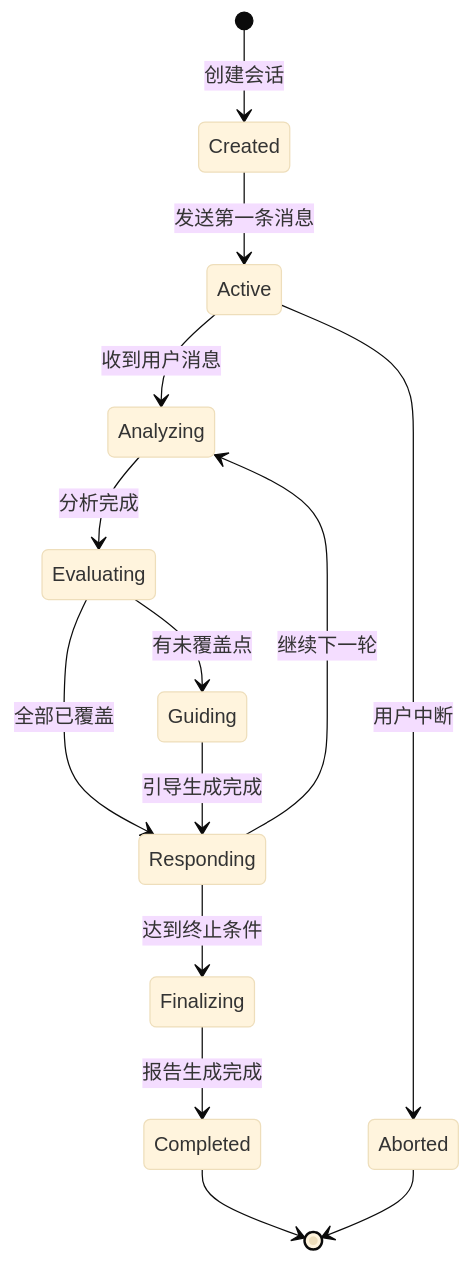
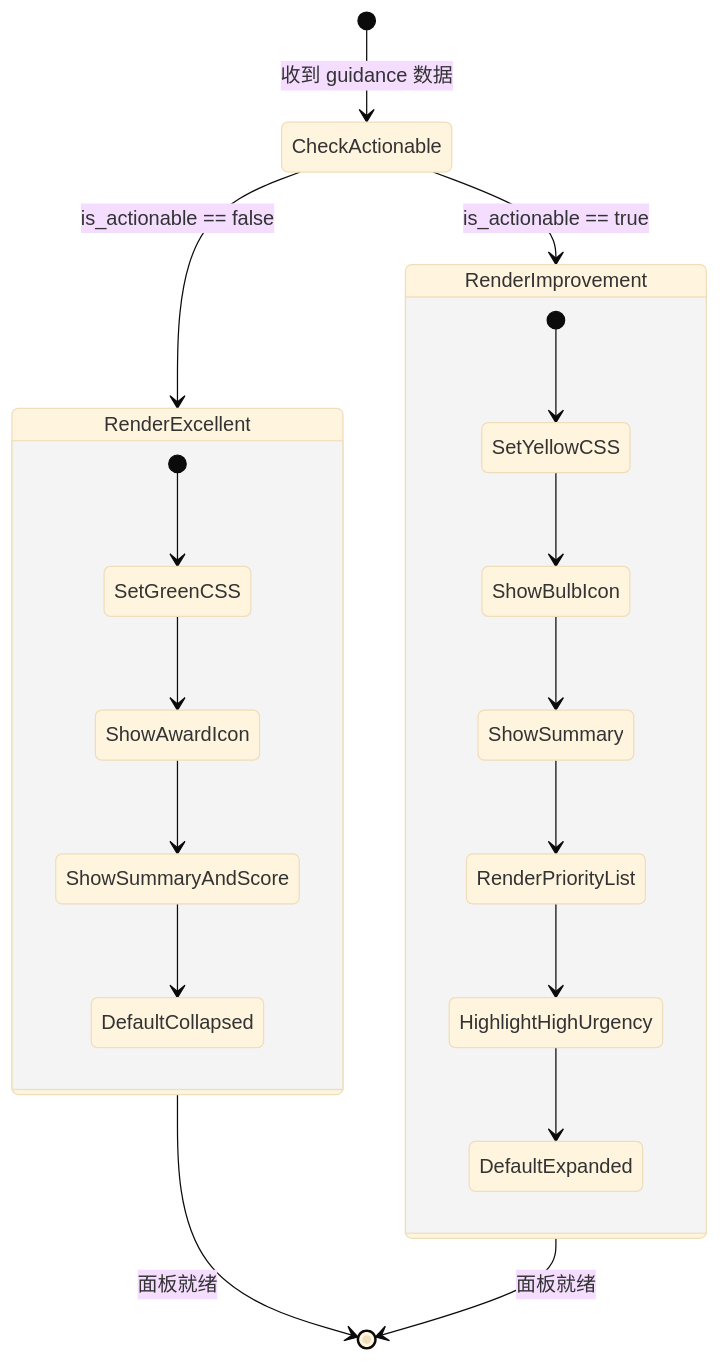
Before and after one commit to xt765/UMU-Sales-Trainer: the fifth of 5 diagrams in docs/architecture.md, drawn with Mermaid (base theme). The commit also changed other lines of this file and 4 other files, not shown here.

Commit message:
docs: rewrite all documentation from scratch (2756 lines, 16 Mermaid diagrams)

````diff
--- a/docs/architecture.md
+++ b/docs/architecture.md
@@ -183,20 +599,26 @@
 ```mermaid
 stateDiagram-v2
-    [*] --> Created: 创建会话
-    
-    Created --> Active: 发送第一条消息
-    
-    Active --> Analyzing: 收到用户消息
-    Analyzing --> Evaluating: 分析完成
-    Evaluating --> Guiding: 有未覆盖点
-    Evaluating --> Responding: 全部已覆盖
-    Guiding --> Responding: 引导生成完成
-    Responding --> Analyzing: 继续下一轮
-    Responding --> Finalizing: 达到终止条件
-    
-    Finalizing --> Completed: 报告生成完成
-    Completed --> [*]
-    
-    Active --> Aborted: 用户中断
-    Aborted --> [*]
+    [*] --> CheckActionable: 收到 guidance 数据
+
+    CheckActionable --> RenderExcellent: is_actionable == false
+    CheckActionable --> RenderImprovement: is_actionable == true
+
+    state RenderExcellent {
+        [*] --> SetGreenCSS
+        SetGreenCSS --> ShowAwardIcon
+        ShowAwardIcon --> ShowSummaryAndScore
+        ShowSummaryAndScore --> DefaultCollapsed
+    }
+
+    state RenderImprovement {
+        [*] --> SetYellowCSS
+        SetYellowCSS --> ShowBulbIcon
+        ShowBulbIcon --> ShowSummary
+        ShowSummary --> RenderPriorityList
+        RenderPriorityList --> HighlightHighUrgency
+        HighlightHighUrgency --> DefaultExpanded
+    }
+
+    RenderExcellent --> [*]: 面板就绪
+    RenderImprovement --> [*]: 面板就绪
 ```
````
